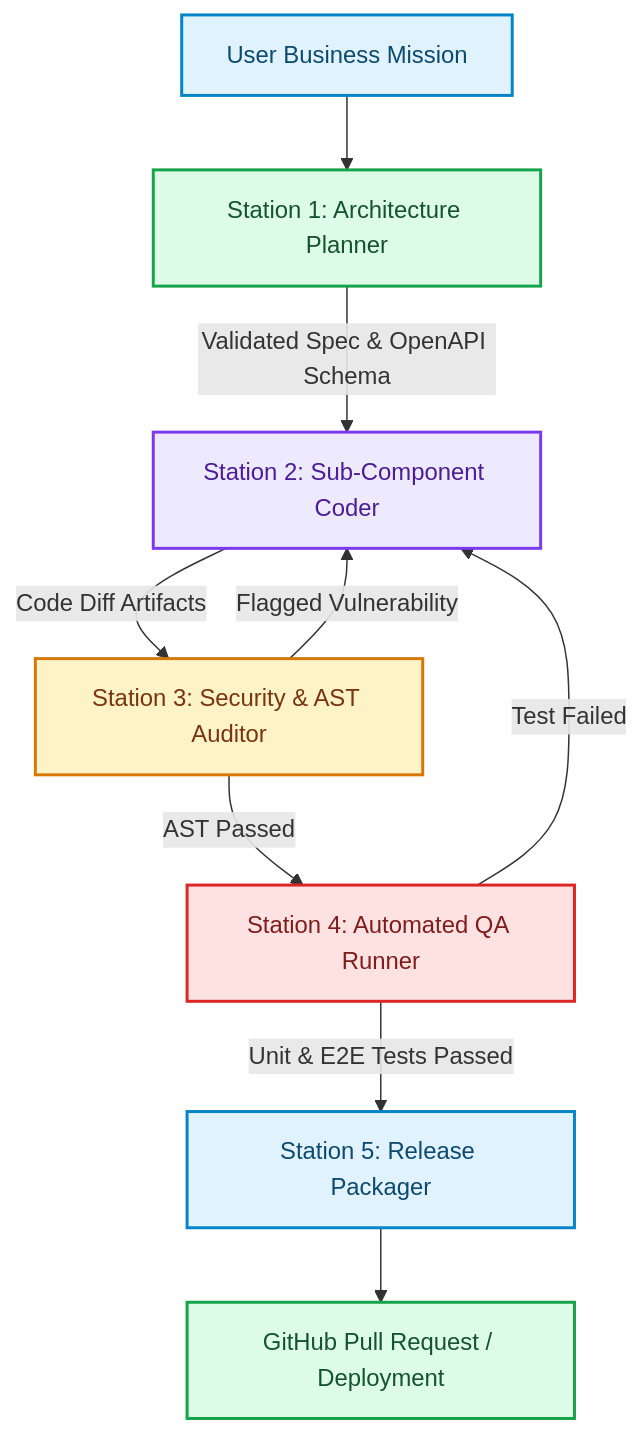
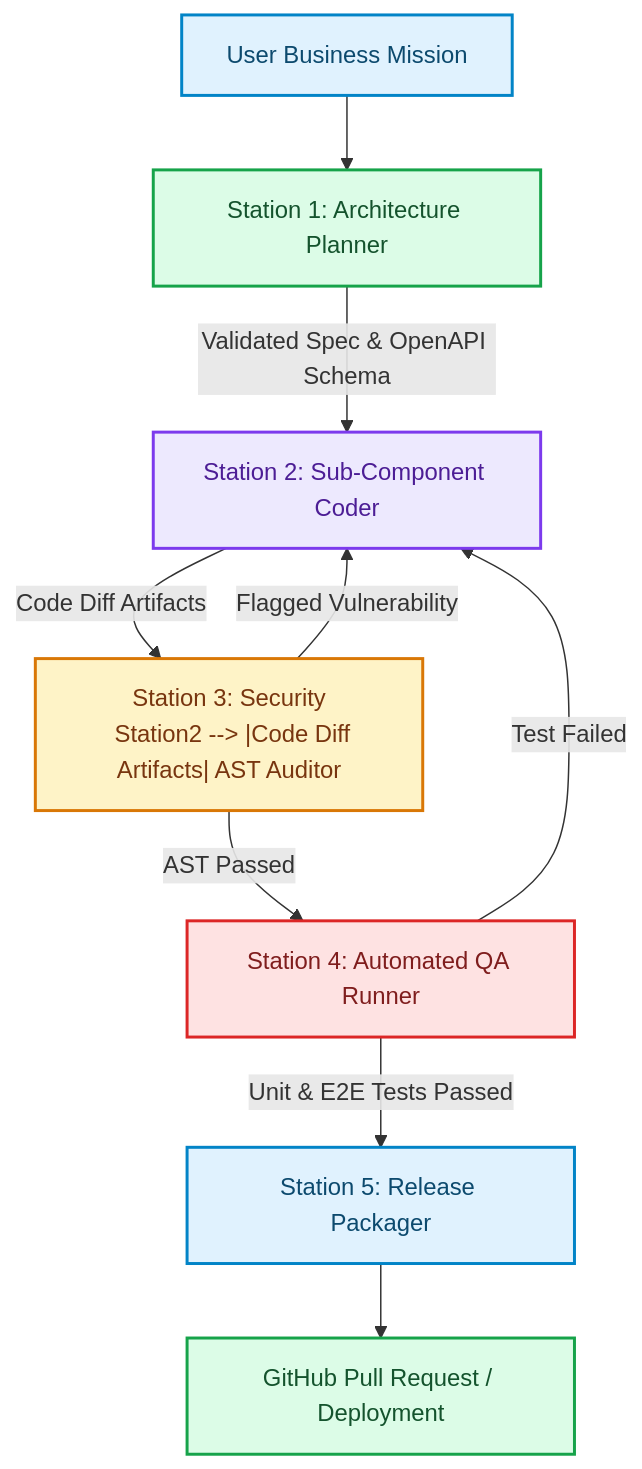
One commit to akmalkhaniub/akmalkhaniub.github.io changed the second of 2 diagrams in blog/posts/assembly-line-revolution-software-agent-swarms-division-of-labor.md. Above: the diagram before and after it, drawn with Mermaid. The commit also changed other lines of this file and 894 other files, not shown here.

Commit message:
feat(blog): upgrade all 444 posts with unique staggered dates, 2-col Mermaid spines, benchmark tables, code blocks, and trade-offs

````diff
--- a/blog/posts/assembly-line-revolution-software-agent-swarms-division-of-labor.md
+++ b/blog/posts/assembly-line-revolution-software-agent-swarms-division-of-labor.md
@@ -64,25 +68,26 @@
 ```mermaid
 flowchart TD
   Mission["User Business Mission"] --> Station1["Station 1: Architecture Planner"]
   Station1 -->|Validated Spec & OpenAPI Schema| Station2["Station 2: Sub-Component Coder"]
-  Station2 -->|Code Diff Artifacts| Station3["Station 3: Security & AST Auditor"]
+  Station2 --> |Code Diff Artifacts| Station3["Station 3: Security
+  Station2 --> |Code Diff Artifacts| AST Auditor"]
   
   Station3 -->|AST Passed| Station4["Station 4: Automated QA Runner"]
   Station3 -->|Flagged Vulnerability| Station2
   
   Station4 -->|Unit & E2E Tests Passed| Station5["Station 5: Release Packager"]
   Station4 -->|Test Failed| Station2
   
   Station5 --> PR["GitHub Pull Request / Deployment"]
 
 classDef green fill:#dcfce7,stroke:#16a34a,stroke-width:2px,color:#14532d;
 classDef red fill:#fee2e2,stroke:#dc2626,stroke-width:2px,color:#7f1d1d;
 classDef blue fill:#e0f2fe,stroke:#0284c7,stroke-width:2px,color:#0c4a6e;
 classDef yellow fill:#fef3c7,stroke:#d97706,stroke-width:2px,color:#78350f;
 classDef purple fill:#ede9fe,stroke:#7c3aed,stroke-width:2px,color:#4c1d95;
 class Mission,Station5 blue
 class Station1,PR green
 class Station2 purple
 class Station3 yellow
 class Station4 red
 ```
````
